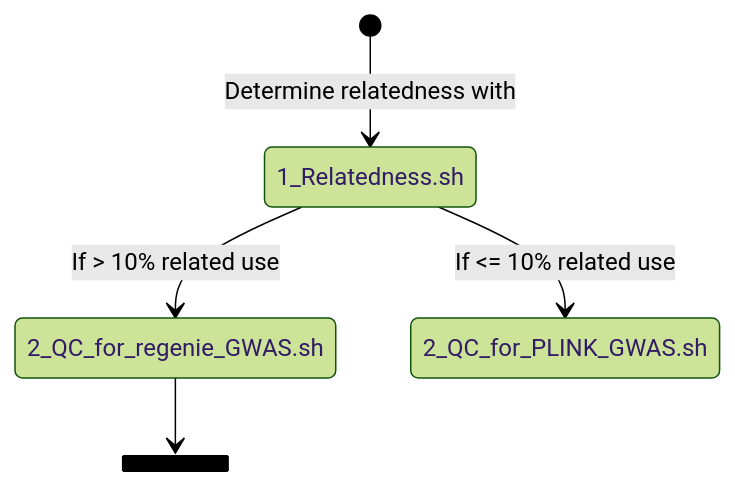
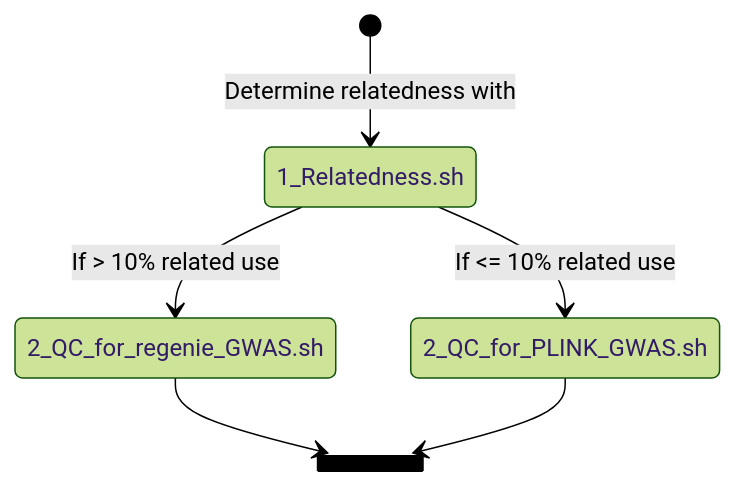
The diagram in README.md (psychiatric-genomics-consortium/sex-stratified-depression), drawn with Mermaid (forest theme) before and after one commit.

````diff
--- a/README.md
+++ b/README.md
@@ -14,9 +14,10 @@
 ```mermaid
 stateDiagram-v2
  state anc <<join>>
  [*] --> 1_Relatedness.sh : Determine relatedness with
  1_Relatedness.sh --> 2_QC_for_regenie_GWAS.sh : If > 10% related use
  1_Relatedness.sh --> 2_QC_for_PLINK_GWAS.sh : If <= 10% related use
  2_QC_for_regenie_GWAS.sh --> anc
+ 2_QC_for_PLINK_GWAS.sh --> anc
 
 ```
````
